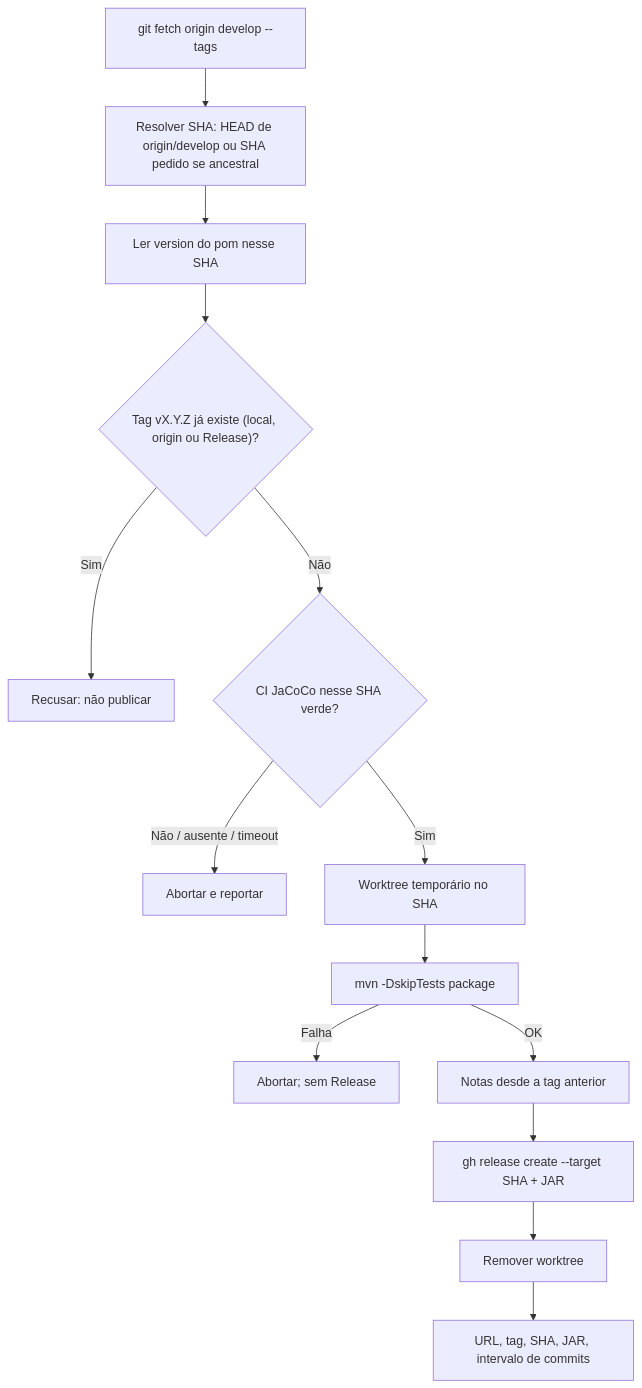
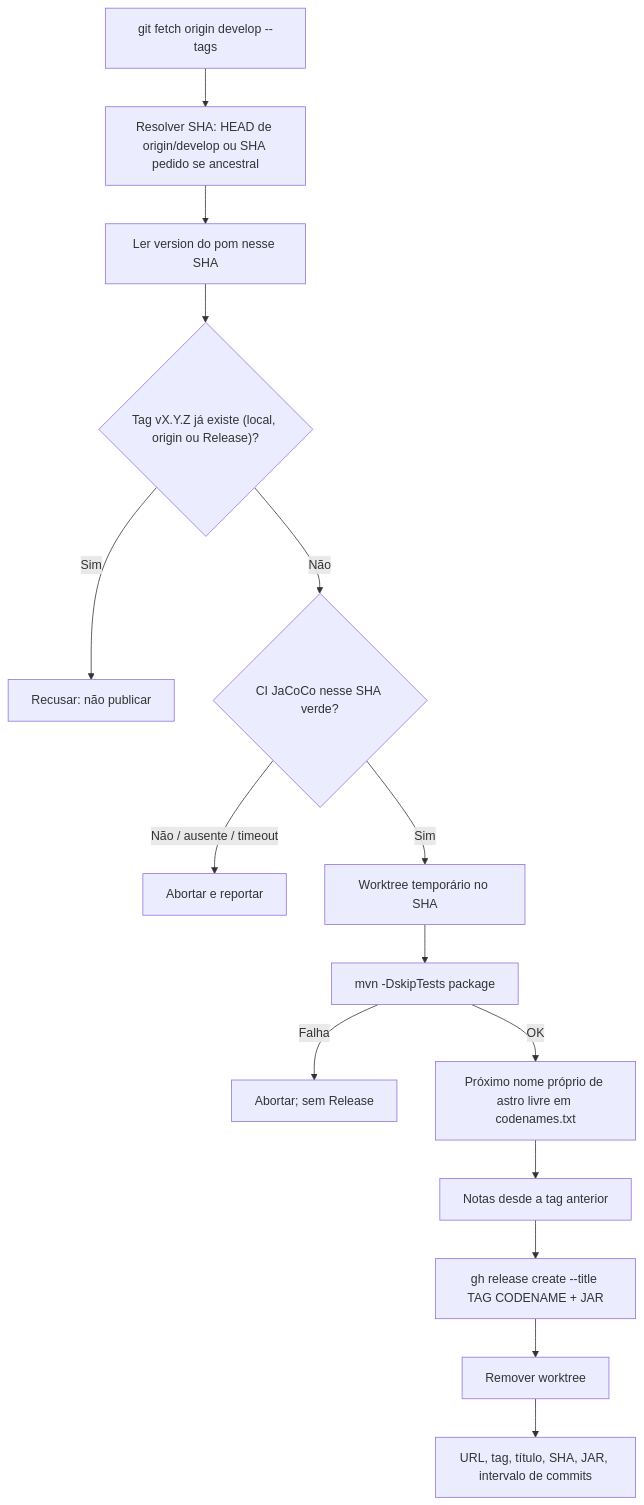
The diagram in .cursor/skills/publish-github-release/SKILL.md (sajitar/sajitar-backend), drawn with Mermaid before and after one commit. The commit also changed other lines of this file and 7 other files, not shown here.

````diff
--- a/.cursor/skills/publish-github-release/SKILL.md
+++ b/.cursor/skills/publish-github-release/SKILL.md
@@ -29,16 +33,17 @@
 ```mermaid
 flowchart TD
     fetch["git fetch origin develop --tags"] --> sha["Resolver SHA: HEAD de origin/develop ou SHA pedido se ancestral"]
     sha --> version["Ler version do pom nesse SHA"]
     version --> exists{"Tag vX.Y.Z já existe (local, origin ou Release)?"}
     exists -->|"Sim"| refuse["Recusar: não publicar"]
     exists -->|"Não"| ci{"CI JaCoCo nesse SHA verde?"}
     ci -->|"Não / ausente / timeout"| abortCi["Abortar e reportar"]
     ci -->|"Sim"| worktree["Worktree temporário no SHA"]
     worktree --> jar["mvn -DskipTests package"]
     jar -->|"Falha"| abortJar["Abortar; sem Release"]
-    jar -->|"OK"| notes["Notas desde a tag anterior"]
-    notes --> create["gh release create --target SHA + JAR"]
+    jar -->|"OK"| title["Próximo nome próprio de astro livre em codenames.txt"]
+    title --> notes["Notas desde a tag anterior"]
+    notes --> create["gh release create --title TAG CODENAME + JAR"]
     create --> cleanup["Remover worktree"]
-    cleanup --> report["URL, tag, SHA, JAR, intervalo de commits"]
+    cleanup --> report["URL, tag, título, SHA, JAR, intervalo de commits"]
 ```
````
